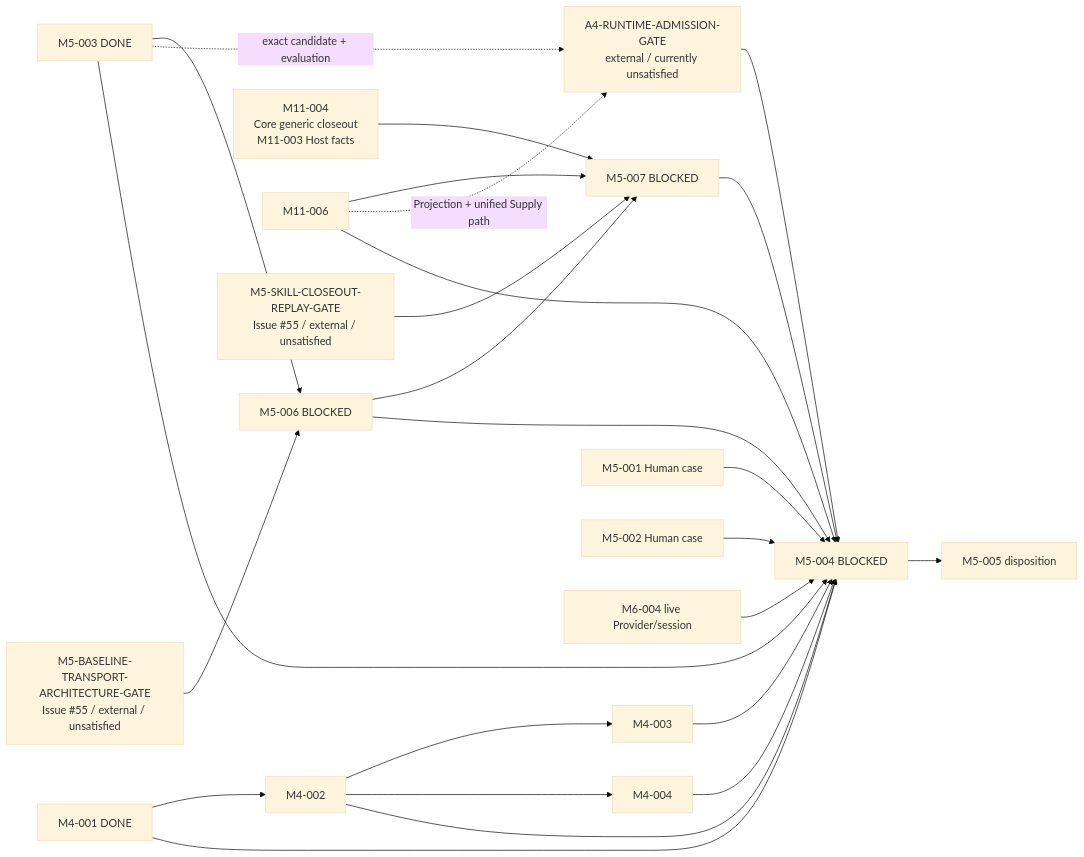
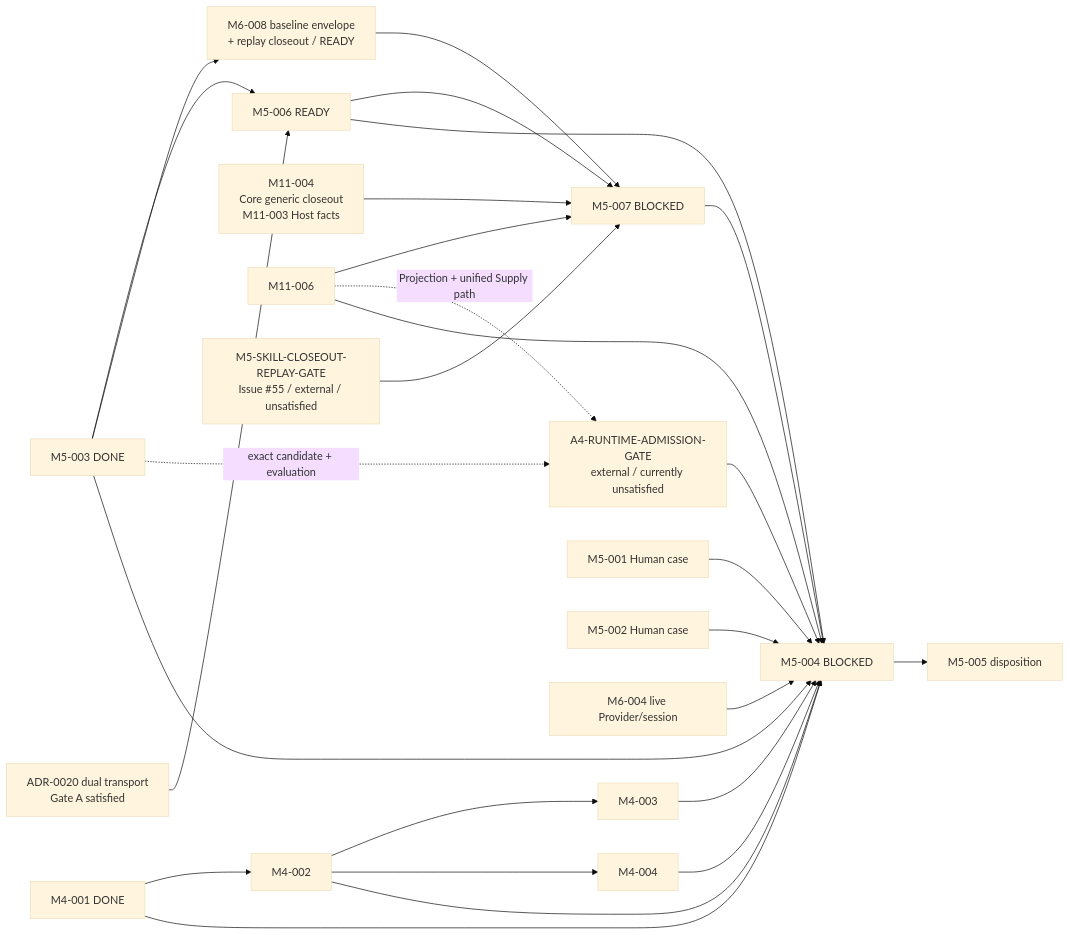
The second of 2 diagrams in docs/workstreams/chengyue-lu/M5-SYSTEM-EVALUATION-DESIGN/README.md (Chengyue-Lu/research-agent-workbench), drawn with Mermaid (base theme) before and after one commit. The commit also changed other lines of this file and 11 other files, not shown here.

Commit message:
docs(phase-d): accept dual-transport evaluation entry

````diff
--- a/docs/workstreams/chengyue-lu/M5-SYSTEM-EVALUATION-DESIGN/README.md
+++ b/docs/workstreams/chengyue-lu/M5-SYSTEM-EVALUATION-DESIGN/README.md
@@ -238,30 +254,32 @@
 ```mermaid
 flowchart LR
-    M5003["M5-003 DONE"] --> M5006["M5-006 BLOCKED"]
-    BTG["M5-BASELINE-TRANSPORT-ARCHITECTURE-GATE<br/>Issue #55 / external / unsatisfied"] --> M5006
+    M5003["M5-003 DONE"] --> M5006["M5-006 READY"]
+    BTG["ADR-0020 dual transport<br/>Gate A satisfied"] --> M5006
     M5006 --> M5007["M5-007 BLOCKED"]
+    M5003 --> M6008
+    M6008["M6-008 baseline envelope<br/>+ replay closeout / READY"] --> M5007
     M1104["M11-004<br/>Core generic closeout<br/>M11-003 Host facts"] --> M5007
     M1106["M11-006"] --> M5007
     SCG["M5-SKILL-CLOSEOUT-REPLAY-GATE<br/>Issue #55 / external / unsatisfied"] --> M5007
 
     M5003 -. "exact candidate + evaluation" .-> A4G["A4-RUNTIME-ADMISSION-GATE<br/>external / currently unsatisfied"]
     M1106 -. "Projection + unified Supply path" .-> A4G
     A4G --> M5004
 
     M4001["M4-001 DONE"] --> M4002["M4-002"]
     M4002 --> M4003["M4-003"]
     M4002 --> M4004["M4-004"]
 
     M5001["M5-001 Human case"] --> M5004["M5-004 BLOCKED"]
     M5002["M5-002 Human case"] --> M5004
     M5003 --> M5004
     M5006 --> M5004
     M5007 --> M5004
     M4001 --> M5004
     M4002 --> M5004
     M4003 --> M5004
     M4004 --> M5004
     M1106 --> M5004
     M6004["M6-004 live Provider/session"] --> M5004
     M5004 --> M5005["M5-005 disposition"]
 ```
````
